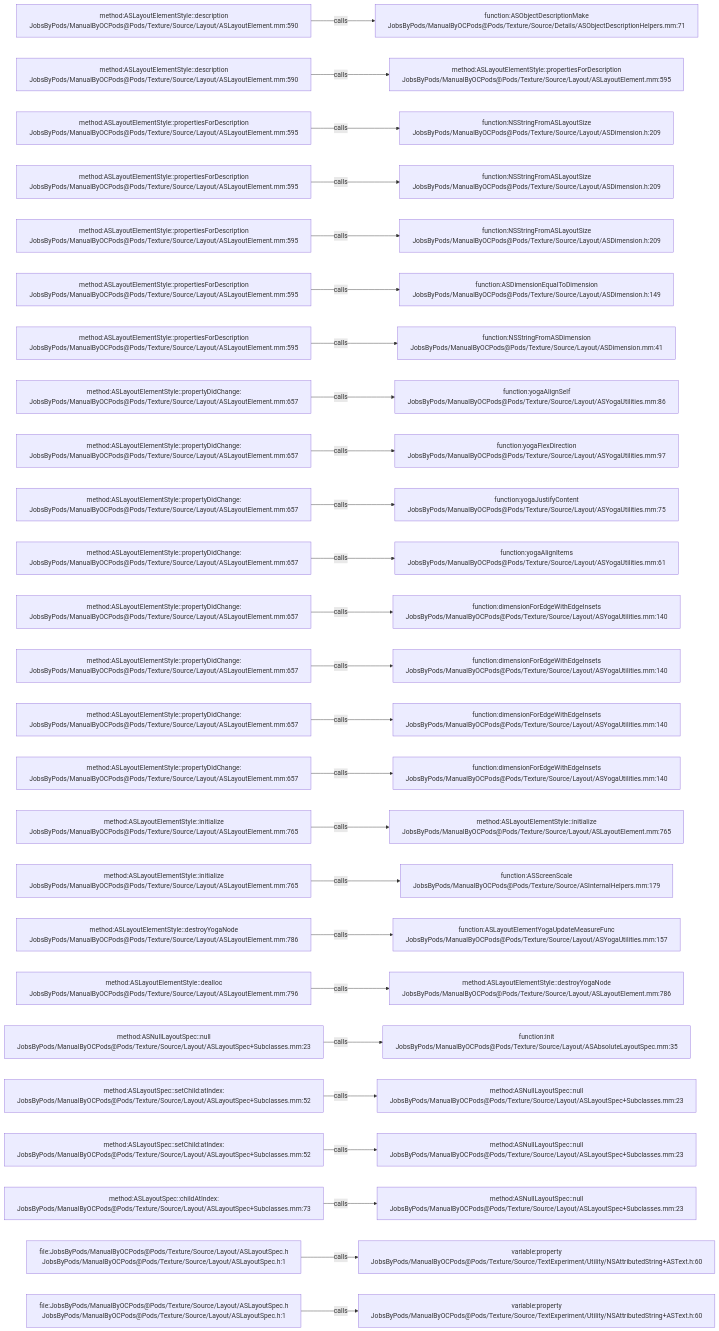
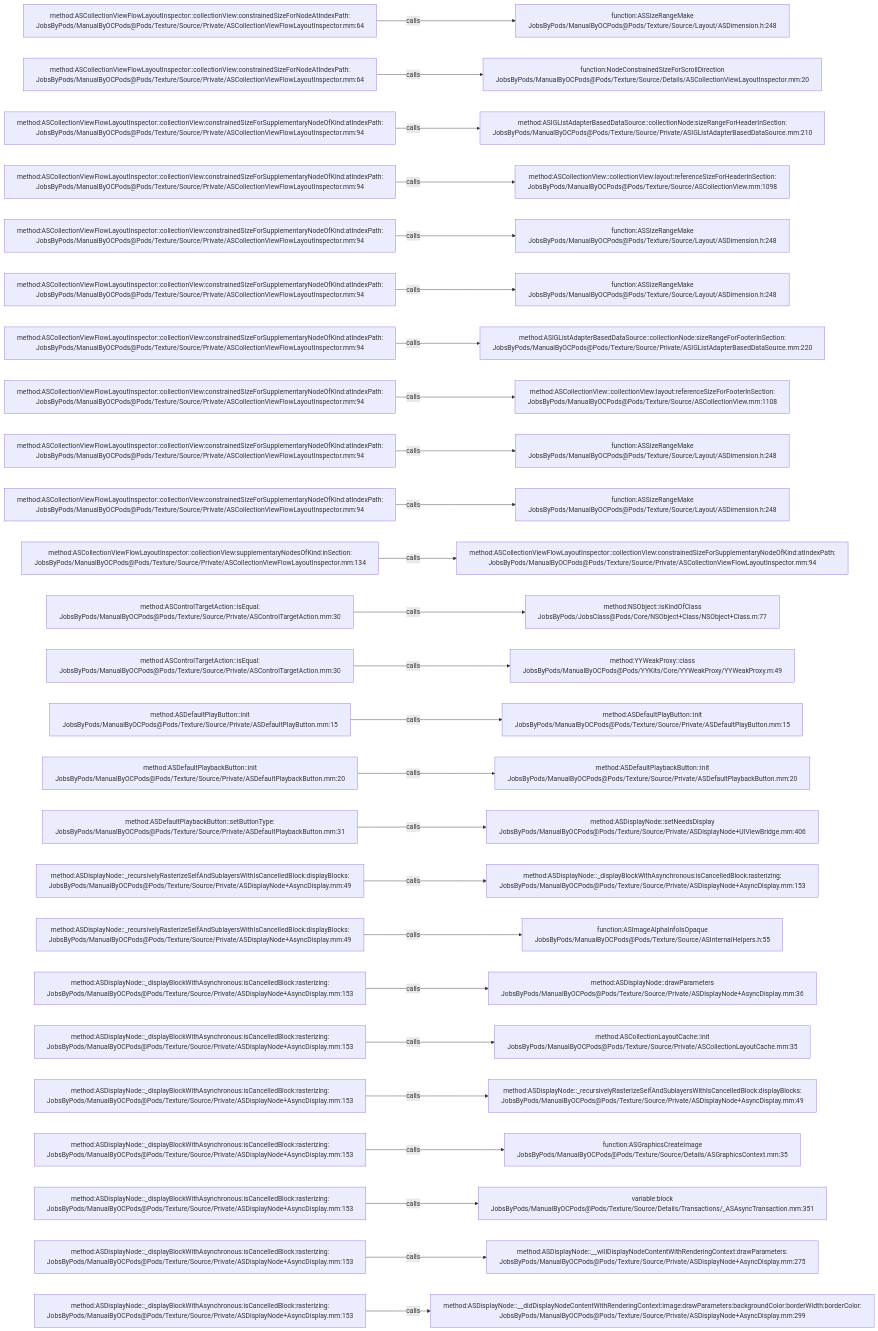
Before and after one commit to JobsKits/JobsOCBaseConfigDemo: the diagram in .codegraph/codegraph.md/graphs/calls-178.md, drawn with Mermaid. The commit also changed 1448 other files, not shown here.

````diff
--- a/.codegraph/codegraph.md/graphs/calls-178.md
+++ b/.codegraph/codegraph.md/graphs/calls-178.md
@@ -13,78 +13,78 @@
 ```mermaid
 flowchart LR
-  S1["method:ASLayoutElementStyle::description<br/>JobsByPods/ManualByOCPods@Pods/Texture/Source/Layout/ASLayoutElement.mm:590"]
-  T1["function:ASObjectDescriptionMake<br/>JobsByPods/ManualByOCPods@Pods/Texture/Source/Details/ASObjectDescriptionHelpers.mm:71"]
+  S1["method:ASCollectionViewFlowLayoutInspector::collectionView:constrainedSizeForNodeAtIndexPath:<br/>JobsByPods/ManualByOCPods@Pods/Texture/Source/Private/ASCollectionViewFlowLayoutInspector.mm:64"]
+  T1["function:ASSizeRangeMake<br/>JobsByPods/ManualByOCPods@Pods/Texture/Source/Layout/ASDimension.h:248"]
   S1 -->|calls| T1
-  S2["method:ASLayoutElementStyle::description<br/>JobsByPods/ManualByOCPods@Pods/Texture/Source/Layout/ASLayoutElement.mm:590"]
-  T2["method:ASLayoutElementStyle::propertiesForDescription<br/>JobsByPods/ManualByOCPods@Pods/Texture/Source/Layout/ASLayoutElement.mm:595"]
+  S2["method:ASCollectionViewFlowLayoutInspector::collectionView:constrainedSizeForNodeAtIndexPath:<br/>JobsByPods/ManualByOCPods@Pods/Texture/Source/Private/ASCollectionViewFlowLayoutInspector.mm:64"]
+  T2["function:NodeConstrainedSizeForScrollDirection<br/>JobsByPods/ManualByOCPods@Pods/Texture/Source/Details/ASCollectionViewLayoutInspector.mm:20"]
   S2 -->|calls| T2
-  S3["method:ASLayoutElementStyle::propertiesForDescription<br/>JobsByPods/ManualByOCPods@Pods/Texture/Source/Layout/ASLayoutElement.mm:595"]
-  T3["function:NSStringFromASLayoutSize<br/>JobsByPods/ManualByOCPods@Pods/Texture/Source/Layout/ASDimension.h:209"]
+  S3["method:ASCollectionViewFlowLayoutInspector::collectionView:constrainedSizeForSupplementaryNodeOfKind:atIndexPath:<br/>JobsByPods/ManualByOCPods@Pods/Texture/Source/Private/ASCollectionViewFlowLayoutInspector.mm:94"]
+  T3["method:ASIGListAdapterBasedDataSource::collectionNode:sizeRangeForHeaderInSection:<br/>JobsByPods/ManualByOCPods@Pods/Texture/Source/Private/ASIGListAdapterBasedDataSource.mm:210"]
   S3 -->|calls| T3
-  S4["method:ASLayoutElementStyle::propertiesForDescription<br/>JobsByPods/ManualByOCPods@Pods/Texture/Source/Layout/ASLayoutElement.mm:595"]
-  T4["function:NSStringFromASLayoutSize<br/>JobsByPods/ManualByOCPods@Pods/Texture/Source/Layout/ASDimension.h:209"]
+  S4["method:ASCollectionViewFlowLayoutInspector::collectionView:constrainedSizeForSupplementaryNodeOfKind:atIndexPath:<br/>JobsByPods/ManualByOCPods@Pods/Texture/Source/Private/ASCollectionViewFlowLayoutInspector.mm:94"]
+  T4["method:ASCollectionView::collectionView:layout:referenceSizeForHeaderInSection:<br/>JobsByPods/ManualByOCPods@Pods/Texture/Source/ASCollectionView.mm:1098"]
   S4 -->|calls| T4
-  S5["method:ASLayoutElementStyle::propertiesForDescription<br/>JobsByPods/ManualByOCPods@Pods/Texture/Source/Layout/ASLayoutElement.mm:595"]
-  T5["function:NSStringFromASLayoutSize<br/>JobsByPods/ManualByOCPods@Pods/Texture/Source/Layout/ASDimension.h:209"]
+  S5["method:ASCollectionViewFlowLayoutInspector::collectionView:constrainedSizeForSupplementaryNodeOfKind:atIndexPath:<br/>JobsByPods/ManualByOCPods@Pods/Texture/Source/Private/ASCollectionViewFlowLayoutInspector.mm:94"]
+  T5["function:ASSizeRangeMake<br/>JobsByPods/ManualByOCPods@Pods/Texture/Source/Layout/ASDimension.h:248"]
   S5 -->|calls| T5
-  S6["method:ASLayoutElementStyle::propertiesForDescription<br/>JobsByPods/ManualByOCPods@Pods/Texture/Source/Layout/ASLayoutElement.mm:595"]
-  T6["function:ASDimensionEqualToDimension<br/>JobsByPods/ManualByOCPods@Pods/Texture/Source/Layout/ASDimension.h:149"]
+  S6["method:ASCollectionViewFlowLayoutInspector::collectionView:constrainedSizeForSupplementaryNodeOfKind:atIndexPath:<br/>JobsByPods/ManualByOCPods@Pods/Texture/Source/Private/ASCollectionViewFlowLayoutInspector.mm:94"]
+  T6["function:ASSizeRangeMake<br/>JobsByPods/ManualByOCPods@Pods/Texture/Source/Layout/ASDimension.h:248"]
   S6 -->|calls| T6
-  S7["method:ASLayoutElementStyle::propertiesForDescription<br/>JobsByPods/ManualByOCPods@Pods/Texture/Source/Layout/ASLayoutElement.mm:595"]
-  T7["function:NSStringFromASDimension<br/>JobsByPods/ManualByOCPods@Pods/Texture/Source/Layout/ASDimension.mm:41"]
+  S7["method:ASCollectionViewFlowLayoutInspector::collectionView:constrainedSizeForSupplementaryNodeOfKind:atIndexPath:<br/>JobsByPods/ManualByOCPods@Pods/Texture/Source/Private/ASCollectionViewFlowLayoutInspector.mm:94"]
+  T7["method:ASIGListAdapterBasedDataSource::collectionNode:sizeRangeForFooterInSection:<br/>JobsByPods/ManualByOCPods@Pods/Texture/Source/Private/ASIGListAdapterBasedDataSource.mm:220"]
   S7 -->|calls| T7
-  S8["method:ASLayoutElementStyle::propertyDidChange:<br/>JobsByPods/ManualByOCPods@Pods/Texture/Source/Layout/ASLayoutElement.mm:657"]
-  T8["function:yogaAlignSelf<br/>JobsByPods/ManualByOCPods@Pods/Texture/Source/Layout/ASYogaUtilities.mm:86"]
+  S8["method:ASCollectionViewFlowLayoutInspector::collectionView:constrainedSizeForSupplementaryNodeOfKind:atIndexPath:<br/>JobsByPods/ManualByOCPods@Pods/Texture/Source/Private/ASCollectionViewFlowLayoutInspector.mm:94"]
+  T8["method:ASCollectionView::collectionView:layout:referenceSizeForFooterInSection:<br/>JobsByPods/ManualByOCPods@Pods/Texture/Source/ASCollectionView.mm:1108"]
   S8 -->|calls| T8
-  S9["method:ASLayoutElementStyle::propertyDidChange:<br/>JobsByPods/ManualByOCPods@Pods/Texture/Source/Layout/ASLayoutElement.mm:657"]
-  T9["function:yogaFlexDirection<br/>JobsByPods/ManualByOCPods@Pods/Texture/Source/Layout/ASYogaUtilities.mm:97"]
+  S9["method:ASCollectionViewFlowLayoutInspector::collectionView:constrainedSizeForSupplementaryNodeOfKind:atIndexPath:<br/>JobsByPods/ManualByOCPods@Pods/Texture/Source/Private/ASCollectionViewFlowLayoutInspector.mm:94"]
+  T9["function:ASSizeRangeMake<br/>JobsByPods/ManualByOCPods@Pods/Texture/Source/Layout/ASDimension.h:248"]
   S9 -->|calls| T9
-  S10["method:ASLayoutElementStyle::propertyDidChange:<br/>JobsByPods/ManualByOCPods@Pods/Texture/Source/Layout/ASLayoutElement.mm:657"]
-  T10["function:yogaJustifyContent<br/>JobsByPods/ManualByOCPods@Pods/Texture/Source/Layout/ASYogaUtilities.mm:75"]
+  S10["method:ASCollectionViewFlowLayoutInspector::collectionView:constrainedSizeForSupplementaryNodeOfKind:atIndexPath:<br/>JobsByPods/ManualByOCPods@Pods/Texture/Source/Private/ASCollectionViewFlowLayoutInspector.mm:94"]
+  T10["function:ASSizeRangeMake<br/>JobsByPods/ManualByOCPods@Pods/Texture/Source/Layout/ASDimension.h:248"]
   S10 -->|calls| T10
-  S11["method:ASLayoutElementStyle::propertyDidChange:<br/>JobsByPods/ManualByOCPods@Pods/Texture/Source/Layout/ASLayoutElement.mm:657"]
-  T11["function:yogaAlignItems<br/>JobsByPods/ManualByOCPods@Pods/Texture/Source/Layout/ASYogaUtilities.mm:61"]
+  S11["method:ASCollectionViewFlowLayoutInspector::collectionView:supplementaryNodesOfKind:inSection:<br/>JobsByPods/ManualByOCPods@Pods/Texture/Source/Private/ASCollectionViewFlowLayoutInspector.mm:134"]
+  T11["method:ASCollectionViewFlowLayoutInspector::collectionView:constrainedSizeForSupplementaryNodeOfKind:atIndexPath:<br/>JobsByPods/ManualByOCPods@Pods/Texture/Source/Private/ASCollectionViewFlowLayoutInspector.mm:94"]
   S11 -->|calls| T11
-  S12["method:ASLayoutElementStyle::propertyDidChange:<br/>JobsByPods/ManualByOCPods@Pods/Texture/Source/Layout/ASLayoutElement.mm:657"]
-  T12["function:dimensionForEdgeWithEdgeInsets<br/>JobsByPods/ManualByOCPods@Pods/Texture/Source/Layout/ASYogaUtilities.mm:140"]
+  S12["method:ASControlTargetAction::isEqual:<br/>JobsByPods/ManualByOCPods@Pods/Texture/Source/Private/ASControlTargetAction.mm:30"]
+  T12["method:NSObject::isKindOfClass<br/>JobsByPods/JobsClass@Pods/Core/NSObject+Class/NSObject+Class.m:77"]
   S12 -->|calls| T12
-  S13["method:ASLayoutElementStyle::propertyDidChange:<br/>JobsByPods/ManualByOCPods@Pods/Texture/Source/Layout/ASLayoutElement.mm:657"]
-  T13["function:dimensionForEdgeWithEdgeInsets<br/>JobsByPods/ManualByOCPods@Pods/Texture/Source/Layout/ASYogaUtilities.mm:140"]
+  S13["method:ASControlTargetAction::isEqual:<br/>JobsByPods/ManualByOCPods@Pods/Texture/Source/Private/ASControlTargetAction.mm:30"]
+  T13["method:YYWeakProxy::class<br/>JobsByPods/ManualByOCPods@Pods/YYKits/Core/YYWeakProxy/YYWeakProxy.m:49"]
   S13 -->|calls| T13
-  S14["method:ASLayoutElementStyle::propertyDidChange:<br/>JobsByPods/ManualByOCPods@Pods/Texture/Source/Layout/ASLayoutElement.mm:657"]
-  T14["function:dimensionForEdgeWithEdgeInsets<br/>JobsByPods/ManualByOCPods@Pods/Texture/Source/Layout/ASYogaUtilities.mm:140"]
+  S14["method:ASDefaultPlayButton::init<br/>JobsByPods/ManualByOCPods@Pods/Texture/Source/Private/ASDefaultPlayButton.mm:15"]
+  T14["method:ASDefaultPlayButton::init<br/>JobsByPods/ManualByOCPods@Pods/Texture/Source/Private/ASDefaultPlayButton.mm:15"]
   S14 -->|calls| T14
-  S15["method:ASLayoutElementStyle::propertyDidChange:<br/>JobsByPods/ManualByOCPods@Pods/Texture/Source/Layout/ASLayoutElement.mm:657"]
-  T15["function:dimensionForEdgeWithEdgeInsets<br/>JobsByPods/ManualByOCPods@Pods/Texture/Source/Layout/ASYogaUtilities.mm:140"]
+  S15["method:ASDefaultPlaybackButton::init<br/>JobsByPods/ManualByOCPods@Pods/Texture/Source/Private/ASDefaultPlaybackButton.mm:20"]
+  T15["method:ASDefaultPlaybackButton::init<br/>JobsByPods/ManualByOCPods@Pods/Texture/Source/Private/ASDefaultPlaybackButton.mm:20"]
   S15 -->|calls| T15
-  S16["method:ASLayoutElementStyle::initialize<br/>JobsByPods/ManualByOCPods@Pods/Texture/Source/Layout/ASLayoutElement.mm:765"]
-  T16["method:ASLayoutElementStyle::initialize<br/>JobsByPods/ManualByOCPods@Pods/Texture/Source/Layout/ASLayoutElement.mm:765"]
+  S16["method:ASDefaultPlaybackButton::setButtonType:<br/>JobsByPods/ManualByOCPods@Pods/Texture/Source/Private/ASDefaultPlaybackButton.mm:31"]
+  T16["method:ASDisplayNode::setNeedsDisplay<br/>JobsByPods/ManualByOCPods@Pods/Texture/Source/Private/ASDisplayNode+UIViewBridge.mm:406"]
   S16 -->|calls| T16
-  S17["method:ASLayoutElementStyle::initialize<br/>JobsByPods/ManualByOCPods@Pods/Texture/Source/Layout/ASLayoutElement.mm:765"]
-  T17["function:ASScreenScale<br/>JobsByPods/ManualByOCPods@Pods/Texture/Source/ASInternalHelpers.mm:179"]
+  S17["method:ASDisplayNode::_recursivelyRasterizeSelfAndSublayersWithIsCancelledBlock:displayBlocks:<br/>JobsByPods/ManualByOCPods@Pods/Texture/Source/Private/ASDisplayNode+AsyncDisplay.mm:49"]
+  T17["method:ASDisplayNode::_displayBlockWithAsynchronous:isCancelledBlock:rasterizing:<br/>JobsByPods/ManualByOCPods@Pods/Texture/Source/Private/ASDisplayNode+AsyncDisplay.mm:153"]
   S17 -->|calls| T17
-  S18["method:ASLayoutElementStyle::destroyYogaNode<br/>JobsByPods/ManualByOCPods@Pods/Texture/Source/Layout/ASLayoutElement.mm:786"]
-  T18["function:ASLayoutElementYogaUpdateMeasureFunc<br/>JobsByPods/ManualByOCPods@Pods/Texture/Source/Layout/ASYogaUtilities.mm:157"]
+  S18["method:ASDisplayNode::_recursivelyRasterizeSelfAndSublayersWithIsCancelledBlock:displayBlocks:<br/>JobsByPods/ManualByOCPods@Pods/Texture/Source/Private/ASDisplayNode+AsyncDisplay.mm:49"]
+  T18["function:ASImageAlphaInfoIsOpaque<br/>JobsByPods/ManualByOCPods@Pods/Texture/Source/ASInternalHelpers.h:55"]
   S18 -->|calls| T18
-  S19["method:ASLayoutElementStyle::dealloc<br/>JobsByPods/ManualByOCPods@Pods/Texture/Source/Layout/ASLayoutElement.mm:796"]
-  T19["method:ASLayoutElementStyle::destroyYogaNode<br/>JobsByPods/ManualByOCPods@Pods/Texture/Source/Layout/ASLayoutElement.mm:786"]
+  S19["method:ASDisplayNode::_displayBlockWithAsynchronous:isCancelledBlock:rasterizing:<br/>JobsByPods/ManualByOCPods@Pods/Texture/Source/Private/ASDisplayNode+AsyncDisplay.mm:153"]
+  T19["method:ASDisplayNode::drawParameters<br/>JobsByPods/ManualByOCPods@Pods/Texture/Source/Private/ASDisplayNode+AsyncDisplay.mm:36"]
   S19 -->|calls| T19
-  S20["method:ASNullLayoutSpec::null<br/>JobsByPods/ManualByOCPods@Pods/Texture/Source/Layout/ASLayoutSpec+Subclasses.mm:23"]
-  T20["function:init<br/>JobsByPods/ManualByOCPods@Pods/Texture/Source/Layout/ASAbsoluteLayoutSpec.mm:35"]
+  S20["method:ASDisplayNode::_displayBlockWithAsynchronous:isCancelledBlock:rasterizing:<br/>JobsByPods/ManualByOCPods@Pods/Texture/Source/Private/ASDisplayNode+AsyncDisplay.mm:153"]
+  T20["method:ASCollectionLayoutCache::init<br/>JobsByPods/ManualByOCPods@Pods/Texture/Source/Private/ASCollectionLayoutCache.mm:35"]
   S20 -->|calls| T20
-  S21["method:ASLayoutSpec::setChild:atIndex:<br/>JobsByPods/ManualByOCPods@Pods/Texture/Source/Layout/ASLayoutSpec+Subclasses.mm:52"]
-  T21["method:ASNullLayoutSpec::null<br/>JobsByPods/ManualByOCPods@Pods/Texture/Source/Layout/ASLayoutSpec+Subclasses.mm:23"]
+  S21["method:ASDisplayNode::_displayBlockWithAsynchronous:isCancelledBlock:rasterizing:<br/>JobsByPods/ManualByOCPods@Pods/Texture/Source/Private/ASDisplayNode+AsyncDisplay.mm:153"]
+  T21["method:ASDisplayNode::_recursivelyRasterizeSelfAndSublayersWithIsCancelledBlock:displayBlocks:<br/>JobsByPods/ManualByOCPods@Pods/Texture/Source/Private/ASDisplayNode+AsyncDisplay.mm:49"]
   S21 -->|calls| T21
-  S22["method:ASLayoutSpec::setChild:atIndex:<br/>JobsByPods/ManualByOCPods@Pods/Texture/Source/Layout/ASLayoutSpec+Subclasses.mm:52"]
-  T22["method:ASNullLayoutSpec::null<br/>JobsByPods/ManualByOCPods@Pods/Texture/Source/Layout/ASLayoutSpec+Subclasses.mm:23"]
+  S22["method:ASDisplayNode::_displayBlockWithAsynchronous:isCancelledBlock:rasterizing:<br/>JobsByPods/ManualByOCPods@Pods/Texture/Source/Private/ASDisplayNode+AsyncDisplay.mm:153"]
+  T22["function:ASGraphicsCreateImage<br/>JobsByPods/ManualByOCPods@Pods/Texture/Source/Details/ASGraphicsContext.mm:35"]
   S22 -->|calls| T22
-  S23["method:ASLayoutSpec::childAtIndex:<br/>JobsByPods/ManualByOCPods@Pods/Texture/Source/Layout/ASLayoutSpec+Subclasses.mm:73"]
-  T23["method:ASNullLayoutSpec::null<br/>JobsByPods/ManualByOCPods@Pods/Texture/Source/Layout/ASLayoutSpec+Subclasses.mm:23"]
+  S23["method:ASDisplayNode::_displayBlockWithAsynchronous:isCancelledBlock:rasterizing:<br/>JobsByPods/ManualByOCPods@Pods/Texture/Source/Private/ASDisplayNode+AsyncDisplay.mm:153"]
+  T23["variable:block<br/>JobsByPods/ManualByOCPods@Pods/Texture/Source/Details/Transactions/_ASAsyncTransaction.mm:351"]
   S23 -->|calls| T23
-  S24["file:JobsByPods/ManualByOCPods@Pods/Texture/Source/Layout/ASLayoutSpec.h<br/>JobsByPods/ManualByOCPods@Pods/Texture/Source/Layout/ASLayoutSpec.h:1"]
-  T24["variable:property<br/>JobsByPods/ManualByOCPods@Pods/Texture/Source/TextExperiment/Utility/NSAttributedString+ASText.h:60"]
+  S24["method:ASDisplayNode::_displayBlockWithAsynchronous:isCancelledBlock:rasterizing:<br/>JobsByPods/ManualByOCPods@Pods/Texture/Source/Private/ASDisplayNode+AsyncDisplay.mm:153"]
+  T24["method:ASDisplayNode::__willDisplayNodeContentWithRenderingContext:drawParameters:<br/>JobsByPods/ManualByOCPods@Pods/Texture/Source/Private/ASDisplayNode+AsyncDisplay.mm:275"]
   S24 -->|calls| T24
-  S25["file:JobsByPods/ManualByOCPods@Pods/Texture/Source/Layout/ASLayoutSpec.h<br/>JobsByPods/ManualByOCPods@Pods/Texture/Source/Layout/ASLayoutSpec.h:1"]
-  T25["variable:property<br/>JobsByPods/ManualByOCPods@Pods/Texture/Source/TextExperiment/Utility/NSAttributedString+ASText.h:60"]
+  S25["method:ASDisplayNode::_displayBlockWithAsynchronous:isCancelledBlock:rasterizing:<br/>JobsByPods/ManualByOCPods@Pods/Texture/Source/Private/ASDisplayNode+AsyncDisplay.mm:153"]
+  T25["method:ASDisplayNode::__didDisplayNodeContentWithRenderingContext:image:drawParameters:backgroundColor:borderWidth:borderColor:<br/>JobsByPods/ManualByOCPods@Pods/Texture/Source/Private/ASDisplayNode+AsyncDisplay.mm:299"]
   S25 -->|calls| T25
 ```
````
